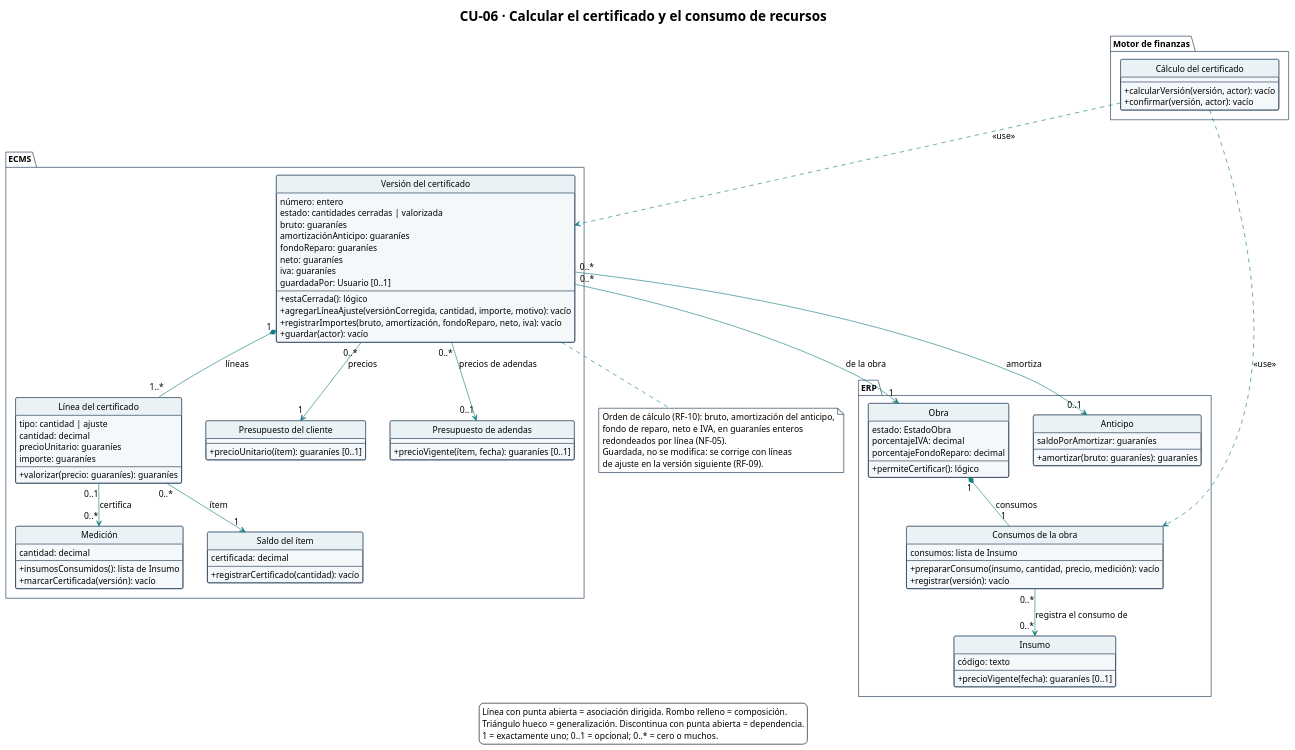
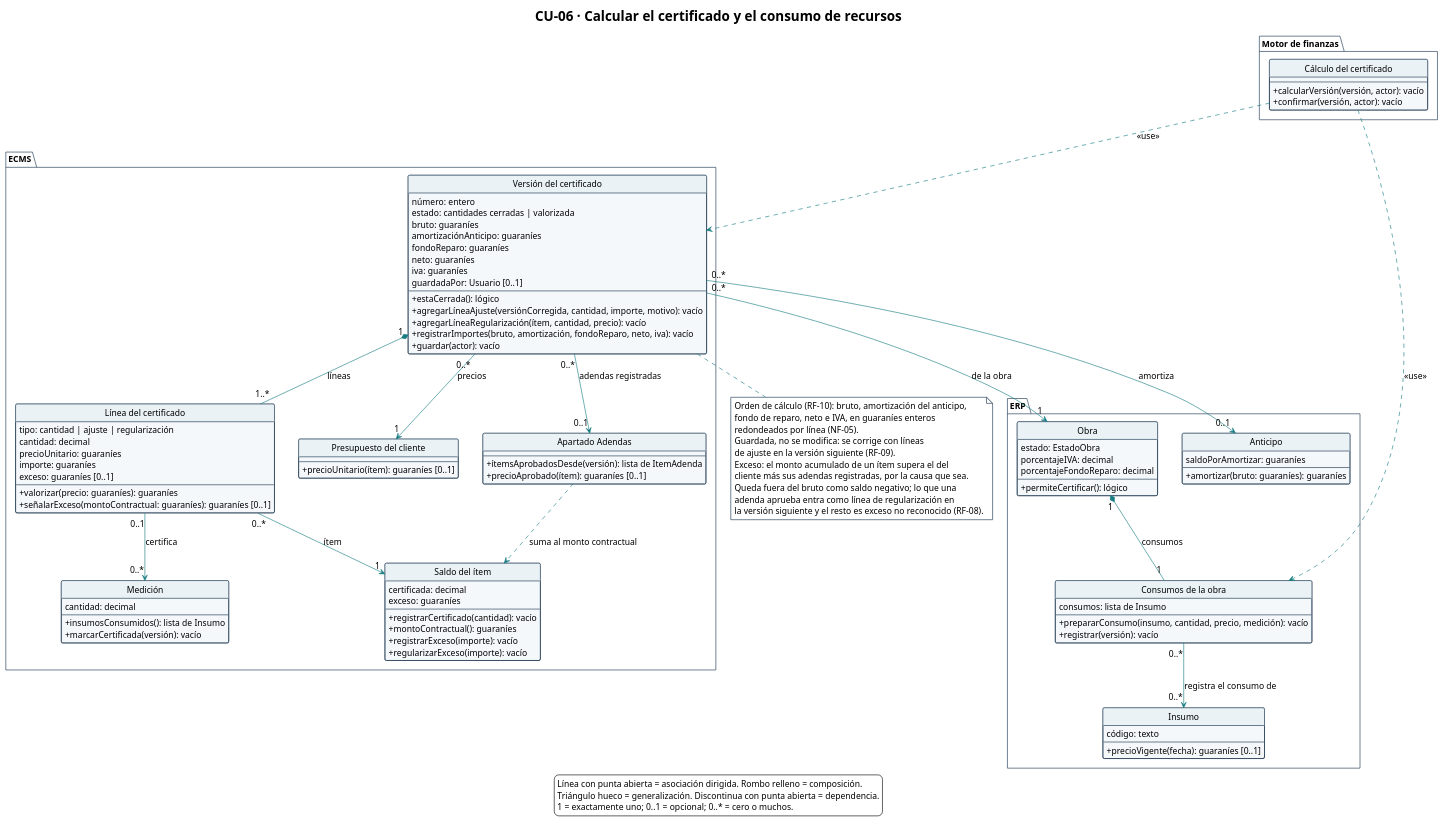
Before and after one commit to Ssrrb/tpf-uca: the diagram in diagramas/CU-06-clases.puml, drawn with PlantUML. The commit also changed 16 other files, not shown here.

First line of the commit message:
Exceso por monto en el cálculo y adendas por paquete

```diff
--- a/diagramas/CU-06-clases.puml
+++ b/diagramas/CU-06-clases.puml
@@ -1,140 +1,154 @@
 @startuml
 !theme plain
 skinparam style strictuml
 title CU-06 · Calcular el certificado y el consumo de recursos
 hide circle
 hide empty methods
 hide empty fields
 skinparam shadowing false
 skinparam classAttributeIconSize 0
 skinparam defaultFontName Arial
 skinparam defaultFontSize 14
 skinparam nodesep 40
 skinparam ranksep 50
 skinparam ArrowColor #167C80
 skinparam class {
   BackgroundColor #F5F8FA
   BorderColor #17324D
   HeaderBackgroundColor #EAF2F6
 }
 skinparam package {
   BackgroundColor #FFFFFF
   BorderColor #17324D
 }
 skinparam note {
   BackgroundColor #FFFFFF
   BorderColor #17324D
 }
 package "Motor de finanzas" {
   class "Cálculo del certificado" as CalculoCertificado {
     --
     + calcularVersión(versión, actor): vacío
     + confirmar(versión, actor): vacío
   }
 }
 
 package "ECMS" {
   class "Versión del certificado" as VersionCertificado {
     número: entero
     estado: cantidades cerradas | valorizada
     bruto: guaraníes
     amortizaciónAnticipo: guaraníes
     fondoReparo: guaraníes
     neto: guaraníes
     iva: guaraníes
     guardadaPor: Usuario [0..1]
     --
     + estaCerrada(): lógico
     + agregarLíneaAjuste(versiónCorregida, cantidad, importe, motivo): vacío
+    + agregarLíneaRegularización(ítem, cantidad, precio): vacío
     + registrarImportes(bruto, amortización, fondoReparo, neto, iva): vacío
     + guardar(actor): vacío
   }
 
   class "Línea del certificado" as LineaCertificado {
-    tipo: cantidad | ajuste
+    tipo: cantidad | ajuste | regularización
     cantidad: decimal
     precioUnitario: guaraníes
     importe: guaraníes
+    exceso: guaraníes [0..1]
     --
     + valorizar(precio: guaraníes): guaraníes
+    + señalarExceso(montoContractual: guaraníes): guaraníes [0..1]
   }
 
   class "Medición" as Medicion {
     cantidad: decimal
     --
     + insumosConsumidos(): lista de Insumo
     + marcarCertificada(versión): vacío
   }
 
   class "Saldo del ítem" as SaldoItem {
     certificada: decimal
+    exceso: guaraníes
     --
     + registrarCertificado(cantidad): vacío
+    + montoContractual(): guaraníes
+    + registrarExceso(importe): vacío
+    + regularizarExceso(importe): vacío
   }
 
   class "Presupuesto del cliente" as PresupuestoCliente {
     --
     + precioUnitario(ítem): guaraníes [0..1]
   }
 
-  class "Presupuesto de adendas" as PresupuestoAdendas {
+  class "Apartado Adendas" as ApartadoAdendas {
     --
-    + precioVigente(ítem, fecha): guaraníes [0..1]
+    + ítemsAprobadosDesde(versión): lista de ItemAdenda
+    + precioAprobado(ítem): guaraníes [0..1]
   }
 }
 
 package "ERP" {
   class Obra {
     estado: EstadoObra
     porcentajeIVA: decimal
     porcentajeFondoReparo: decimal
     --
     + permiteCertificar(): lógico
   }
 
   class Anticipo {
     saldoPorAmortizar: guaraníes
     --
     + amortizar(bruto: guaraníes): guaraníes
   }
 
   class Insumo {
     código: texto
     --
     + precioVigente(fecha): guaraníes [0..1]
   }
 
   class "Consumos de la obra" as ConsumosObra {
     consumos: lista de Insumo
     --
     + prepararConsumo(insumo, cantidad, precio, medición): vacío
     + registrar(versión): vacío
   }
 }
 
 CalculoCertificado ..> VersionCertificado : <<use>>
 CalculoCertificado ..> ConsumosObra : <<use>>
 VersionCertificado "1" *-- "1..*" LineaCertificado : líneas
 LineaCertificado "0..1" --> "0..*" Medicion : certifica
 LineaCertificado "0..*" --> "1" SaldoItem : ítem
 VersionCertificado "0..*" --> "1" PresupuestoCliente : precios
-VersionCertificado "0..*" --> "0..1" PresupuestoAdendas : precios de adendas
+VersionCertificado "0..*" --> "0..1" ApartadoAdendas : adendas registradas
+ApartadoAdendas ..> SaldoItem : suma al monto contractual
 VersionCertificado "0..*" --> "0..1" Anticipo : amortiza
 VersionCertificado "0..*" --> "1" Obra : de la obra
 Obra "1" *-- "1" ConsumosObra : consumos
 ConsumosObra "0..*" --> "0..*" Insumo : registra el consumo de
 
 note bottom of VersionCertificado
   Orden de cálculo (RF-10): bruto, amortización del anticipo,
   fondo de reparo, neto e IVA, en guaraníes enteros
   redondeados por línea (NF-05).
   Guardada, no se modifica: se corrige con líneas
   de ajuste en la versión siguiente (RF-09).
+  Exceso: el monto acumulado de un ítem supera el del
+  cliente más sus adendas registradas, por la causa que sea.
+  Queda fuera del bruto como saldo negativo; lo que una
+  adenda aprueba entra como línea de regularización en
+  la versión siguiente y el resto es exceso no reconocido (RF-08).
 end note
 
 legend bottom
   Línea con punta abierta = asociación dirigida. Rombo relleno = composición.
   Triángulo hueco = generalización. Discontinua con punta abierta = dependencia.
   1 = exactamente uno; 0..1 = opcional; 0..* = cero o muchos.
 endlegend
 @enduml
```
